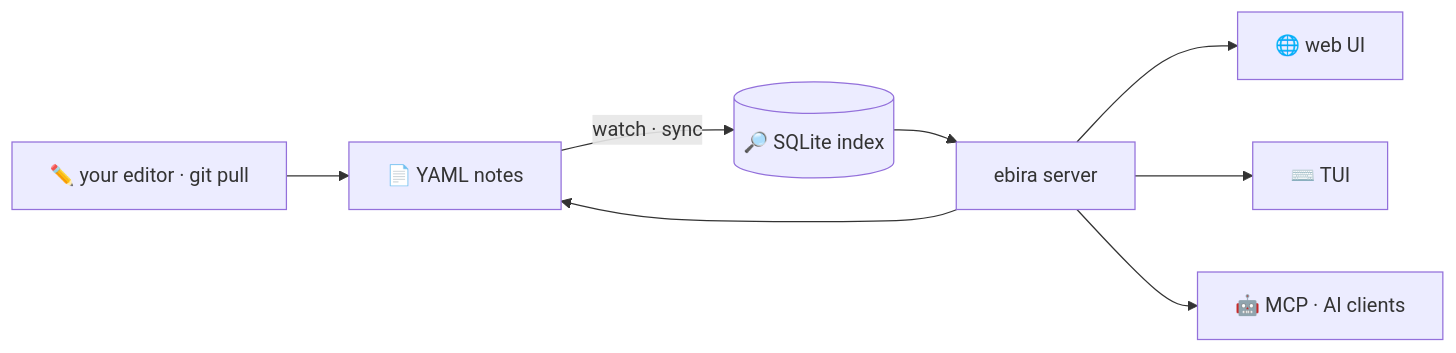
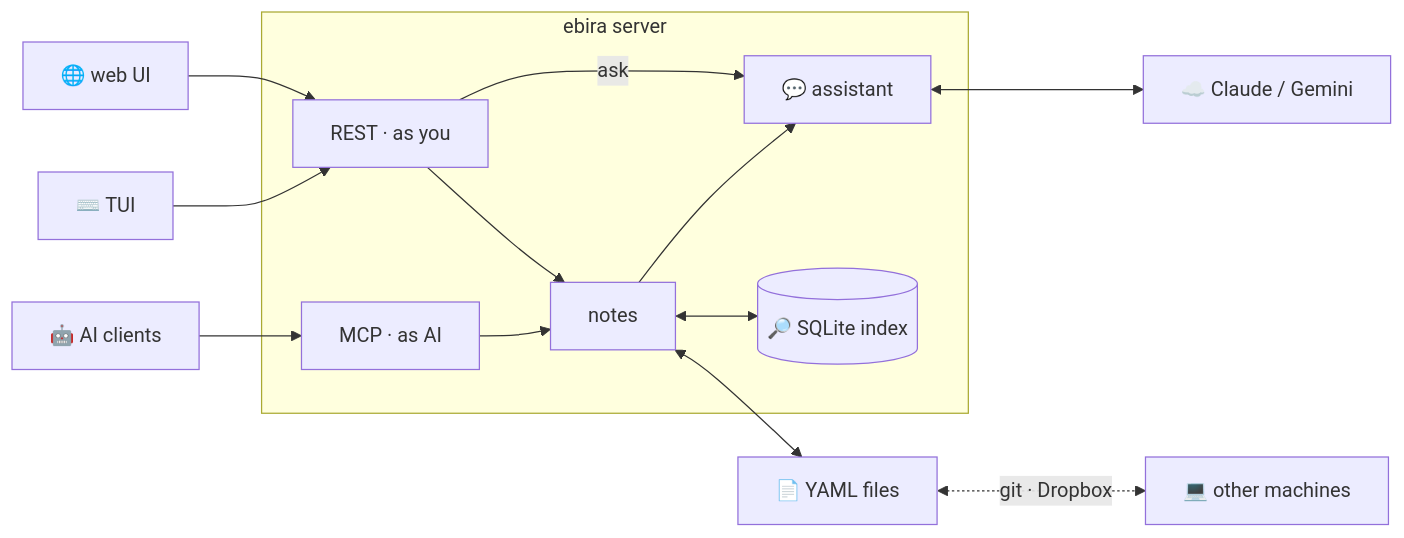
Before and after one commit to ikawaha/ebira: the diagram in README.md, drawn with Mermaid. The commit also changed 1 other file, not shown here.

Commit message:
docs: redraw the README diagram after the current architecture

````diff
--- a/README.md
+++ b/README.md
@@ -43,10 +43,20 @@
 ```mermaid
 flowchart LR
-  ED["✏️ your editor · git pull"] --> Y["📄 YAML notes"]
-  Y -->|"watch · sync"| I[("🔎 SQLite index")]
-  S["ebira server"] --> Y
-  I --> S
-  S --> W["🌐 web UI"]
-  S --> T["⌨️ TUI"]
-  S --> M["🤖 MCP · AI clients"]
+  W["🌐 web UI"] --> R
+  T["⌨️ TUI"] --> R
+  C["🤖 AI clients"] --> M
+  subgraph S["ebira server"]
+    R["REST · as you"]
+    M["MCP · as AI"]
+    N["notes"]
+    A["💬 assistant"]
+    I[("🔎 SQLite index")]
+    R & M --> N
+    R -->|"ask"| A
+    N --> A
+    N <--> I
+  end
+  A <--> L["☁️ Claude / Gemini"]
+  N <--> F["📄 YAML files"]
+  F <-.->|"git · Dropbox"| O["💻 other machines"]
 ```
````
